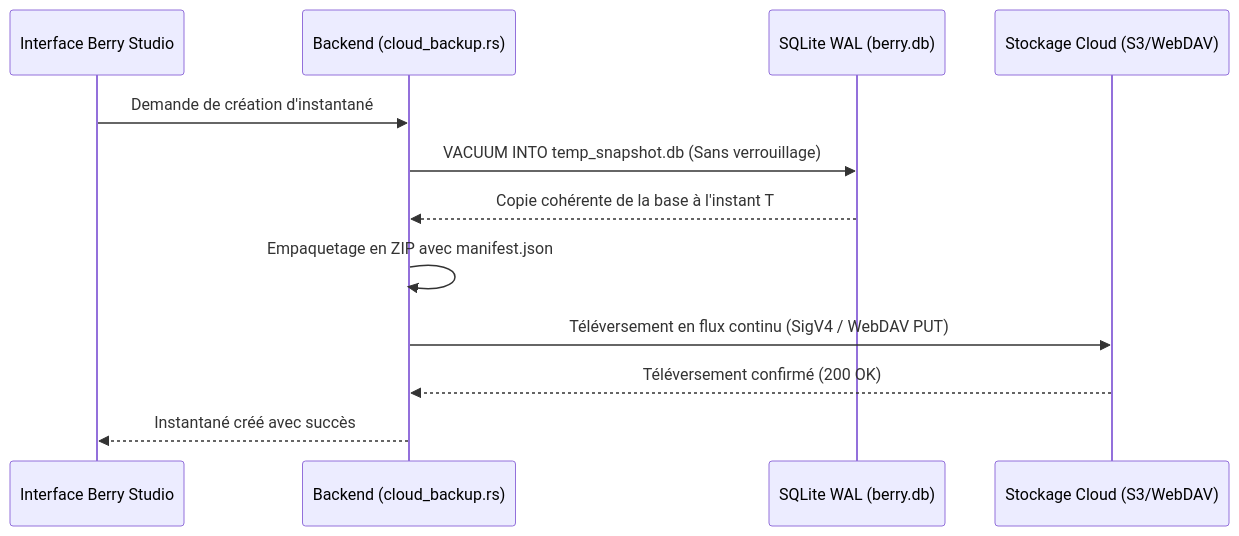
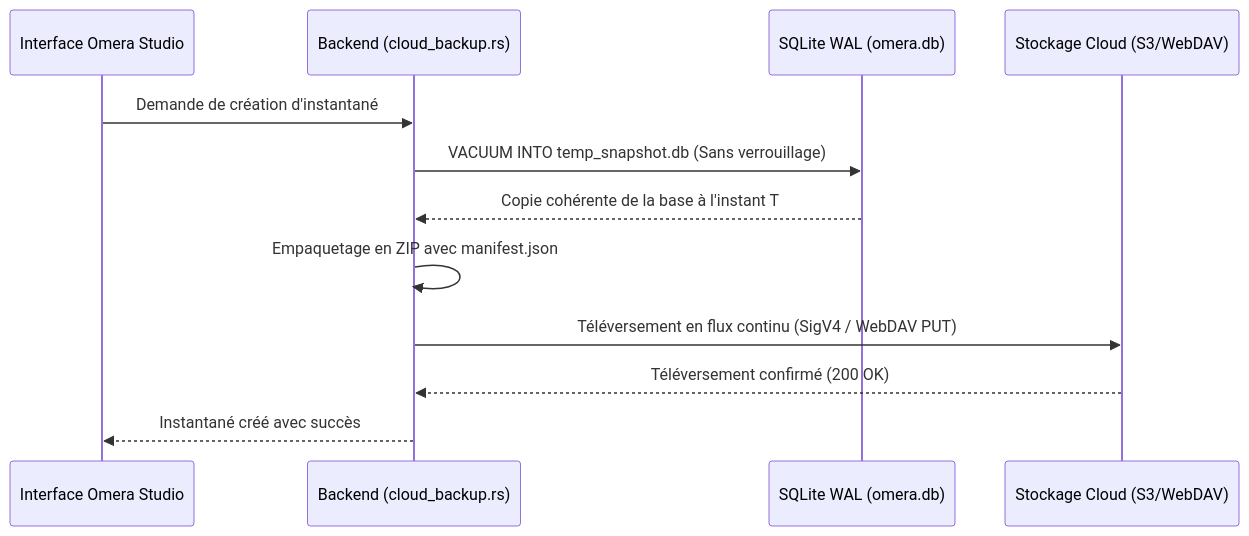
One commit to BerryUIKI/Berry-AI-Studio changed the diagram in docs/wiki/fr/05-export-and-collaboration/cloud-backup-and-sync.md. Above: the diagram before and after it, drawn with Mermaid. The commit also changed other lines of this file and 224 other files, not shown here.

````diff
--- a/docs/wiki/fr/05-export-and-collaboration/cloud-backup-and-sync.md
+++ b/docs/wiki/fr/05-export-and-collaboration/cloud-backup-and-sync.md
@@ -23,15 +23,15 @@
 ```mermaid
 sequenceDiagram
-    participant UI as Interface Berry Studio
+    participant UI as Interface Omera Studio
     participant Rust as Backend (cloud_backup.rs)
-    participant DB as SQLite WAL (berry.db)
+    participant DB as SQLite WAL (omera.db)
     participant Remote as Stockage Cloud (S3/WebDAV)
 
     UI->>Rust: Demande de création d'instantané
     Rust->>DB: VACUUM INTO temp_snapshot.db (Sans verrouillage)
     DB-->>Rust: Copie cohérente de la base à l'instant T
     Rust->>Rust: Empaquetage en ZIP avec manifest.json
     Rust->>Remote: Téléversement en flux continu (SigV4 / WebDAV PUT)
     Remote-->>Rust: Téléversement confirmé (200 OK)
     Rust-->>UI: Instantané créé avec succès
 ```
````
